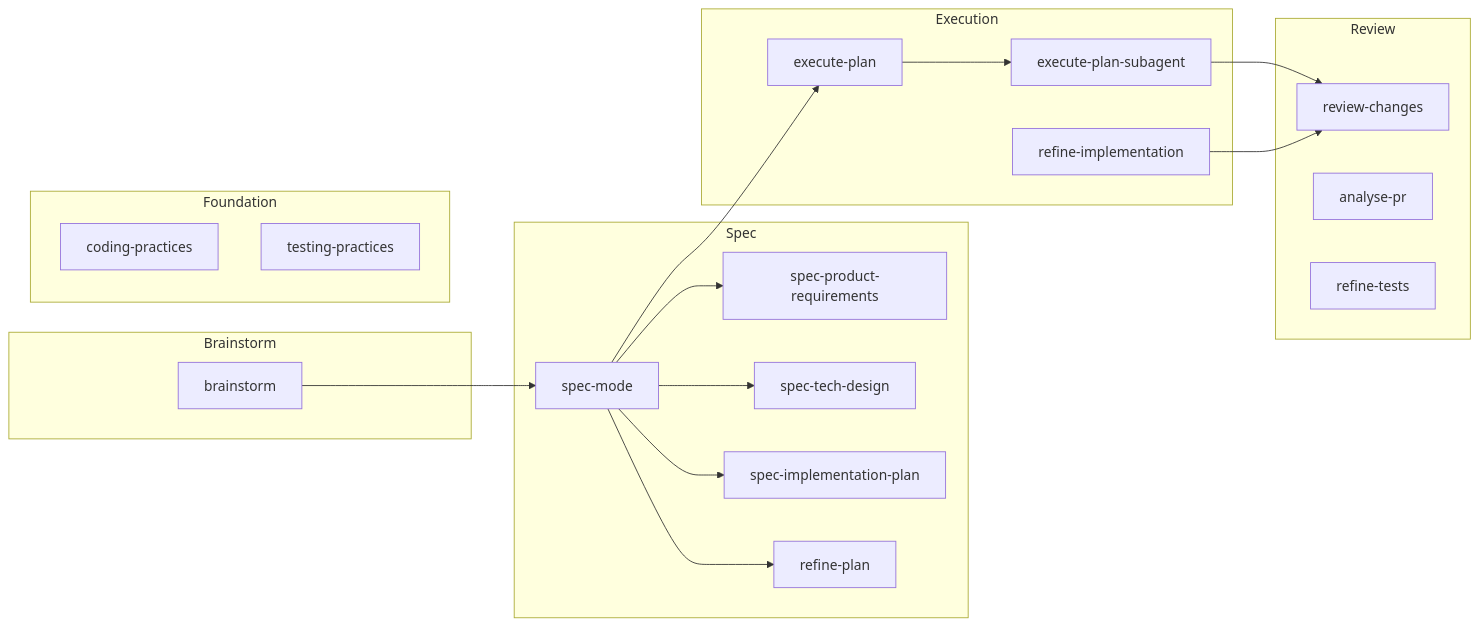
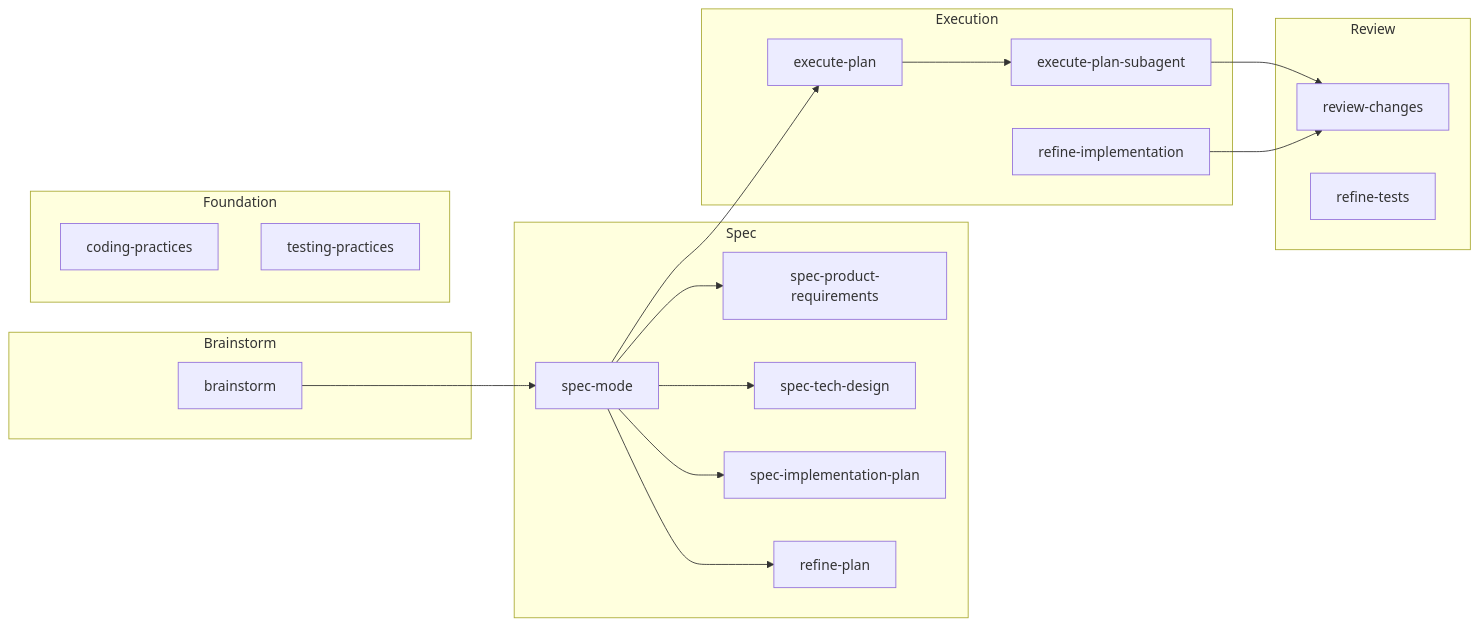
The diagram in docs/skills.md (rstacruz/agentic-toolkit), drawn with Mermaid before and after one commit. The commit also changed other lines of this file and 4 other files, not shown here.

````diff
--- a/docs/skills.md
+++ b/docs/skills.md
@@ -7,37 +7,36 @@
 ```mermaid
 graph LR
   brainstorm --> specmode["spec-mode"]
   specmode --> specprod["spec-product-requirements"]
   specmode --> spectech["spec-tech-design"]
   specmode --> specimpl["spec-implementation-plan"]
   specmode --> refineplan["refine-plan"]
   specmode --> execplan["execute-plan"]
   execplan --> execsubagent["execute-plan-subagent"]
   execsubagent --> reviewchanges["review-changes"]
   refineimpl["refine-implementation"] --> reviewchanges
 
   subgraph Brainstorm
     brainstorm
   end
   subgraph Spec
     specmode
     specprod
     spectech
     specimpl
     refineplan
   end
   subgraph Execution
     execplan
     execsubagent
     refineimpl
   end
   subgraph Review
     reviewchanges
-    analysepr["analyse-pr"]
     refinetests["refine-tests"]
   end
   subgraph Foundation
     codingpractices["coding-practices"]
     testingpractices["testing-practices"]
   end
 ```
````
